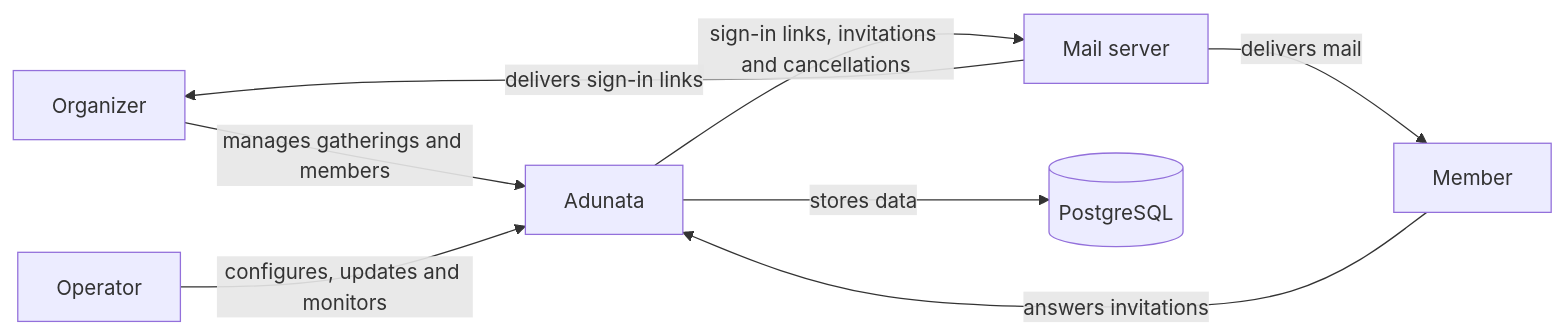
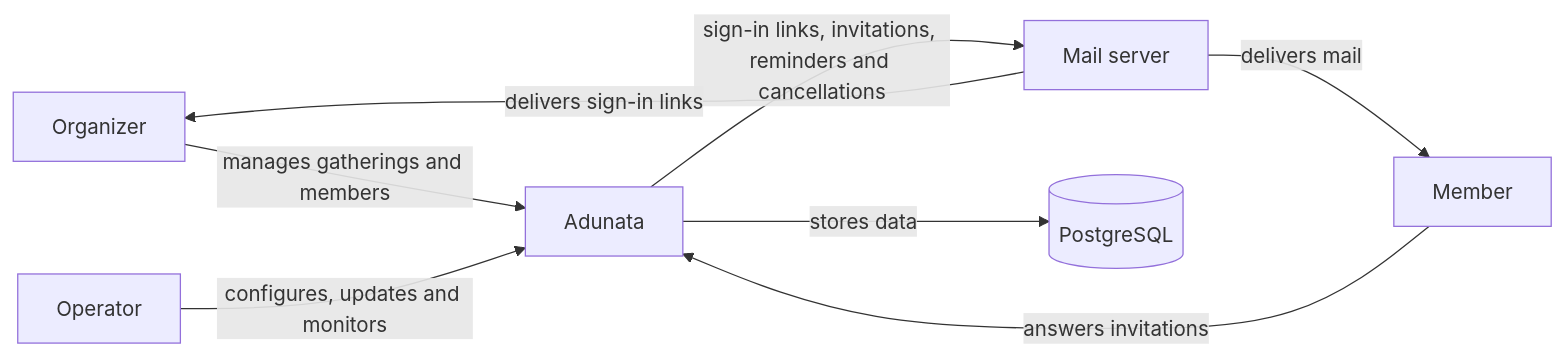
One commit to kammerchor-wernigerode/adunata changed the diagram in docs/arc42/03-context-and-scope.md. Above: the diagram before and after it, drawn with Mermaid. The commit also changed other lines of this file and 8 other files, not shown here.

First line of the commit message:
Restructure architecture documentation

````diff
--- a/docs/arc42/03-context-and-scope.md
+++ b/docs/arc42/03-context-and-scope.md
@@ -7,10 +7,10 @@
 ```mermaid
 flowchart LR
   organizer[Organizer] -- manages gatherings and members --> adunata[Adunata]
   member[Member] -- answers invitations --> adunata
   operator[Operator] -- configures, updates and monitors --> adunata
-  adunata -- sign-in links, invitations and cancellations --> mailServer[Mail server]
+  adunata -- sign-in links, invitations, reminders and cancellations --> mailServer[Mail server]
   mailServer -- delivers mail --> member
   mailServer -- delivers sign-in links --> organizer
   adunata -- stores data --> postgres[(PostgreSQL)]
 ```
````
